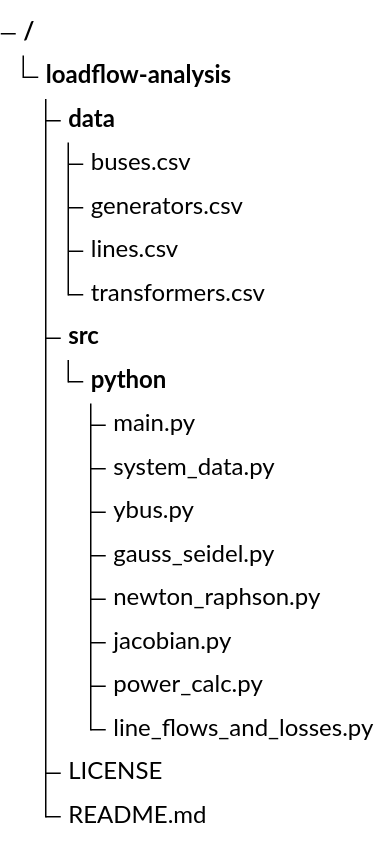
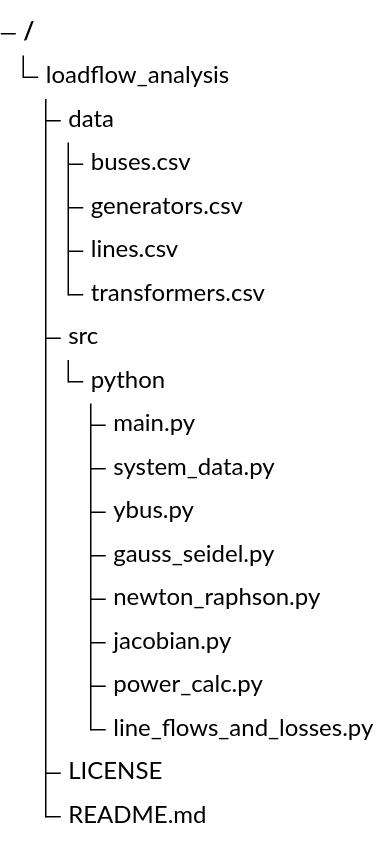
Before and after one commit to sai-power-systems/loadflow-analysis-toolkit: the diagram in README.md, drawn with Mermaid.

Commit message:
ref: ocfg6

````diff
--- a/README.md
+++ b/README.md
@@ -23,22 +23,23 @@
 ```mermaid
+
 treeView-beta
-  loadflow-analysis/
-    data/
+  loadflow_analysis
+    data
       buses.csv
       generators.csv
       lines.csv
       transformers.csv
-    src/
-      python/
+    src
+      python
         main.py
         system_data.py
         ybus.py
         gauss_seidel.py
         newton_raphson.py
         jacobian.py
         power_calc.py
         line_flows_and_losses.py
     LICENSE
     README.md
 
 ```
````
